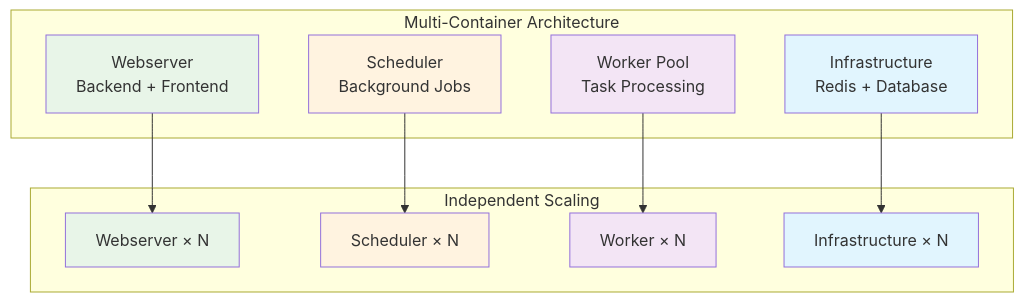
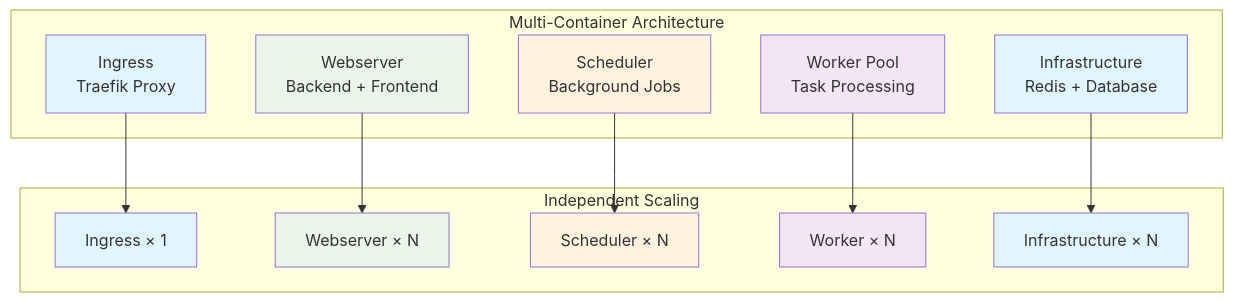
Before and after one commit to bhardwajRahul/aegis-stack: the second of 2 diagrams in docs/components/index.md, drawn with Mermaid. The commit also changed other lines of this file and 5 other files, not shown here.

````diff
--- a/docs/components/index.md
+++ b/docs/components/index.md
@@ -59,30 +61,35 @@
 ```mermaid
 graph TB
     subgraph "Multi-Container Architecture"
+        A0[Ingress<br/>Traefik Proxy]
         A1[Webserver<br/>Backend + Frontend]
         A2[Scheduler<br/>Background Jobs]
         A3[Worker Pool<br/>Task Processing]
         A4[Infrastructure<br/>Redis + Database]
     end
 
     subgraph "Independent Scaling"
+        B0[Ingress × 1]
         B1[Webserver × N]
         B2[Scheduler × N]
         B3[Worker × N]
         B4[Infrastructure × N]
     end
 
+    A0 --> B0
     A1 --> B1
     A2 --> B2
     A3 --> B3
     A4 --> B4
 
+    style A0 fill:#e1f5fe
     style A1 fill:#e8f5e8
     style A2 fill:#fff3e0
     style A3 fill:#f3e5f5
     style A4 fill:#e1f5fe
+    style B0 fill:#e1f5fe
     style B1 fill:#e8f5e8
     style B2 fill:#fff3e0
     style B3 fill:#f3e5f5
     style B4 fill:#e1f5fe
 ```
````
